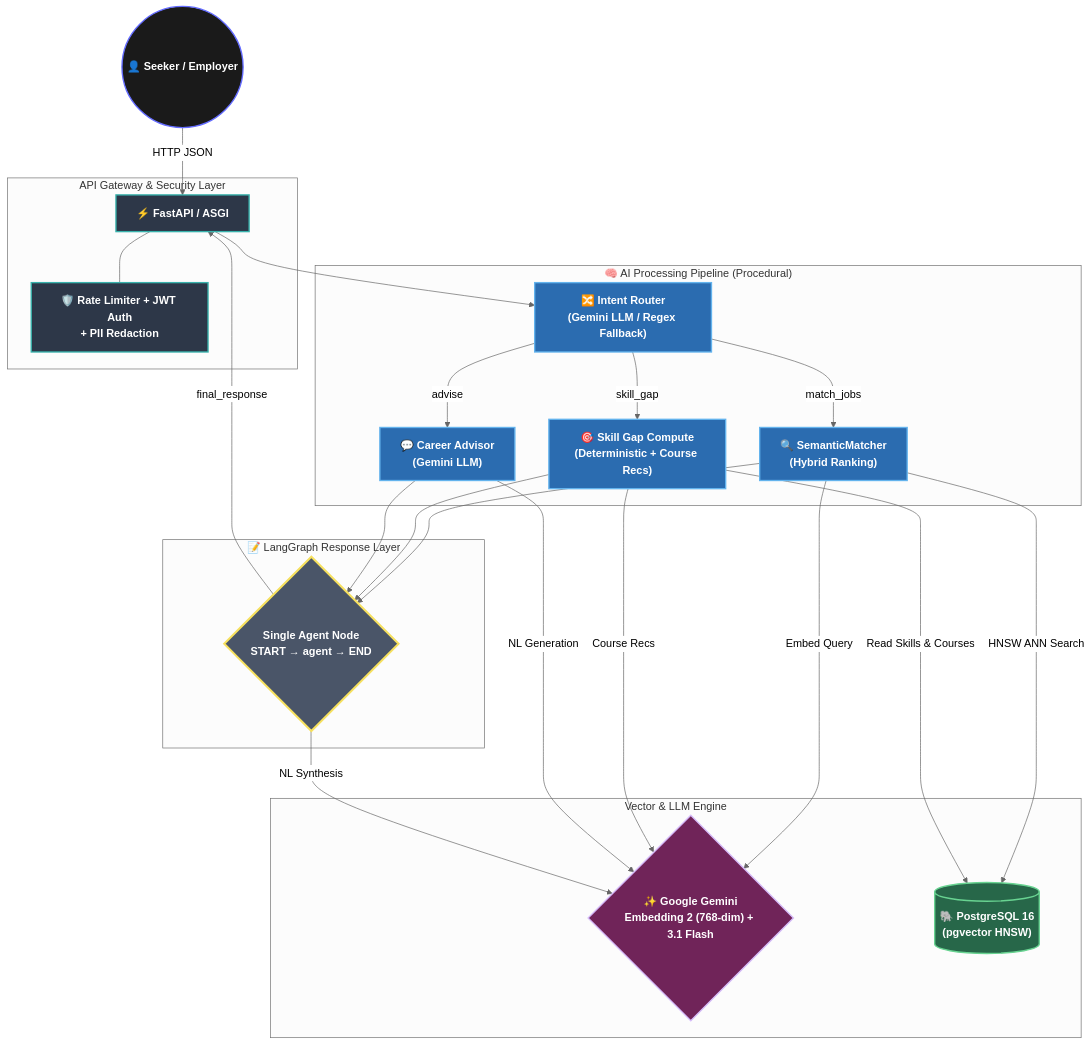
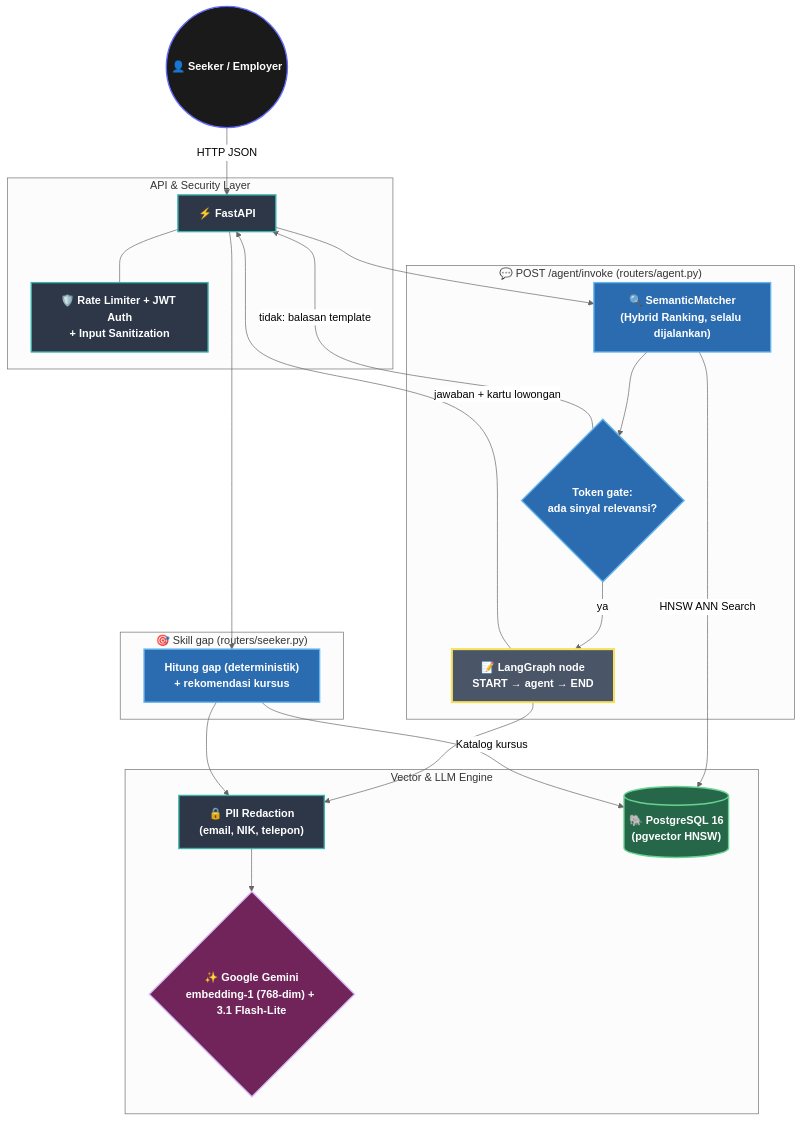
One commit to LouSens/KerjaCerdas changed the fourth of 5 diagrams in README.md. Above: the diagram before and after it, drawn with Mermaid (neutral theme). The commit also changed other lines of this file and 5 other files, not shown here.

````diff
--- a/README.md
+++ b/README.md
@@ -267,52 +267,45 @@
 ```mermaid
 flowchart TD
-    %% Accurate Architecture Diagram
     classDef user fill:#1A1A1A,stroke:#646CFF,stroke-width:2px,color:#FFF,font-weight:bold
     classDef api fill:#2D3748,stroke:#38B2AC,stroke-width:2px,color:#FFF,font-weight:bold
     classDef node fill:#4A5568,stroke:#F6E05E,stroke-width:3px,color:#FFF,font-weight:bold
     classDef proc fill:#2B6CB0,stroke:#63B3ED,stroke-width:2px,color:#FFF
     classDef db fill:#276749,stroke:#68D391,stroke-width:2px,color:#FFF
     classDef llm fill:#702459,stroke:#D6BCFA,stroke-width:2px,color:#FFF,font-weight:bold
-    classDef future fill:#4A5568,stroke:#A0AEC0,stroke-width:2px,color:#CBD5E0,stroke-dasharray: 5 5
 
     User(("👤 Seeker / Employer")):::user
 
-    subgraph API_Layer ["API Gateway & Security Layer"]
-        FastAPI["⚡ FastAPI / ASGI"]:::api
-        Middleware["🛡️ Rate Limiter + JWT Auth\n+ PII Redaction"]:::api
+    subgraph API_Layer ["API & Security Layer"]
+        FastAPI["⚡ FastAPI"]:::api
+        Middleware["🛡️ Rate Limiter + JWT Auth\n+ Input Sanitization"]:::api
         FastAPI --- Middleware
     end
 
-    subgraph Processing ["🧠 AI Processing Pipeline (Procedural)"]
-        Router["🔀 Intent Router\n(Gemini LLM / Regex Fallback)"]:::proc
-        Matcher["🔍 SemanticMatcher\n(Hybrid Ranking)"]:::proc
-        SkillGap["🎯 Skill Gap Compute\n(Deterministic + Course Recs)"]:::proc
-        Advisor["💬 Career Advisor\n(Gemini LLM)"]:::proc
+    subgraph Chat ["💬 POST /agent/invoke (routers/agent.py)"]
+        Matcher["🔍 SemanticMatcher\n(Hybrid Ranking, selalu dijalankan)"]:::proc
+        Gate{"Token gate:\nada sinyal relevansi?"}:::proc
+        AgentNode["📝 LangGraph node\nSTART → agent → END"]:::node
     end
 
-    subgraph LangGraph_Node ["📝 LangGraph Response Layer"]
-        AgentNode{"Single Agent Node\nSTART → agent → END"}:::node
+    subgraph Gap ["🎯 Skill gap (routers/seeker.py)"]
+        SkillGap["Hitung gap (deterministik)\n+ rekomendasi kursus"]:::proc
     end
 
     subgraph Infrastructure ["Vector & LLM Engine"]
-        Gemini{"✨ Google Gemini\nEmbedding 2 (768-dim) + 3.1 Flash"}:::llm
+        Redact["🔒 PII Redaction\n(email, NIK, telepon)"]:::api
+        Gemini{"✨ Google Gemini\nembedding-1 (768-dim) + 3.1 Flash-Lite"}:::llm
         PG[("🐘 PostgreSQL 16\n(pgvector HNSW)")]:::db
     end
 
     User -->|HTTP JSON| FastAPI
-    FastAPI --> Router
-    Router -->|match_jobs| Matcher
-    Router -->|skill_gap| SkillGap
-    Router -->|advise| Advisor
-    Matcher --> AgentNode
-    SkillGap --> AgentNode
-    Advisor --> AgentNode
-    AgentNode -->|final_response| FastAPI
-
+    FastAPI --> Matcher
     Matcher -->|HNSW ANN Search| PG
-    SkillGap -->|Read Skills & Courses| PG
-    Matcher -->|Embed Query| Gemini
-    SkillGap -->|Course Recs| Gemini
-    Advisor -->|NL Generation| Gemini
-    AgentNode -->|NL Synthesis| Gemini
+    Matcher --> Gate
+    Gate -->|tidak: balasan template| FastAPI
+    Gate -->|ya| AgentNode
+    AgentNode --> Redact --> Gemini
+    AgentNode -->|jawaban + kartu lowongan| FastAPI
+    FastAPI --> SkillGap
+    SkillGap -->|Katalog kursus| PG
+    SkillGap --> Redact
 ```
````
